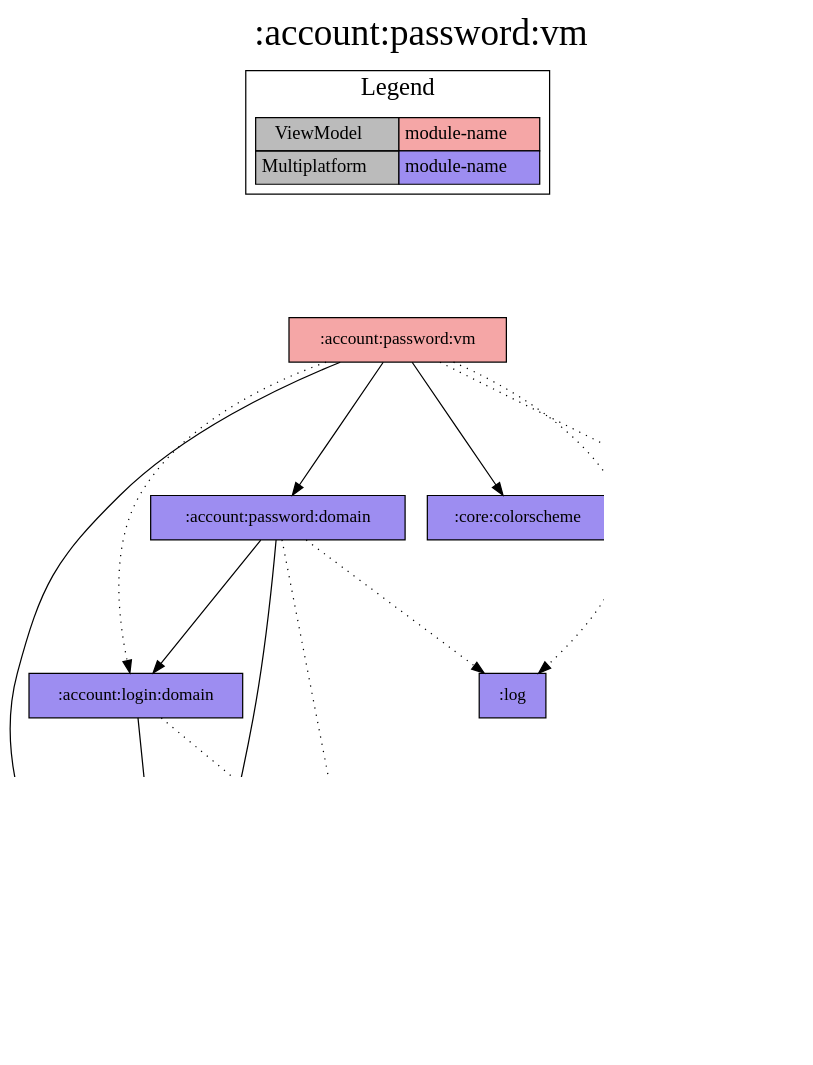
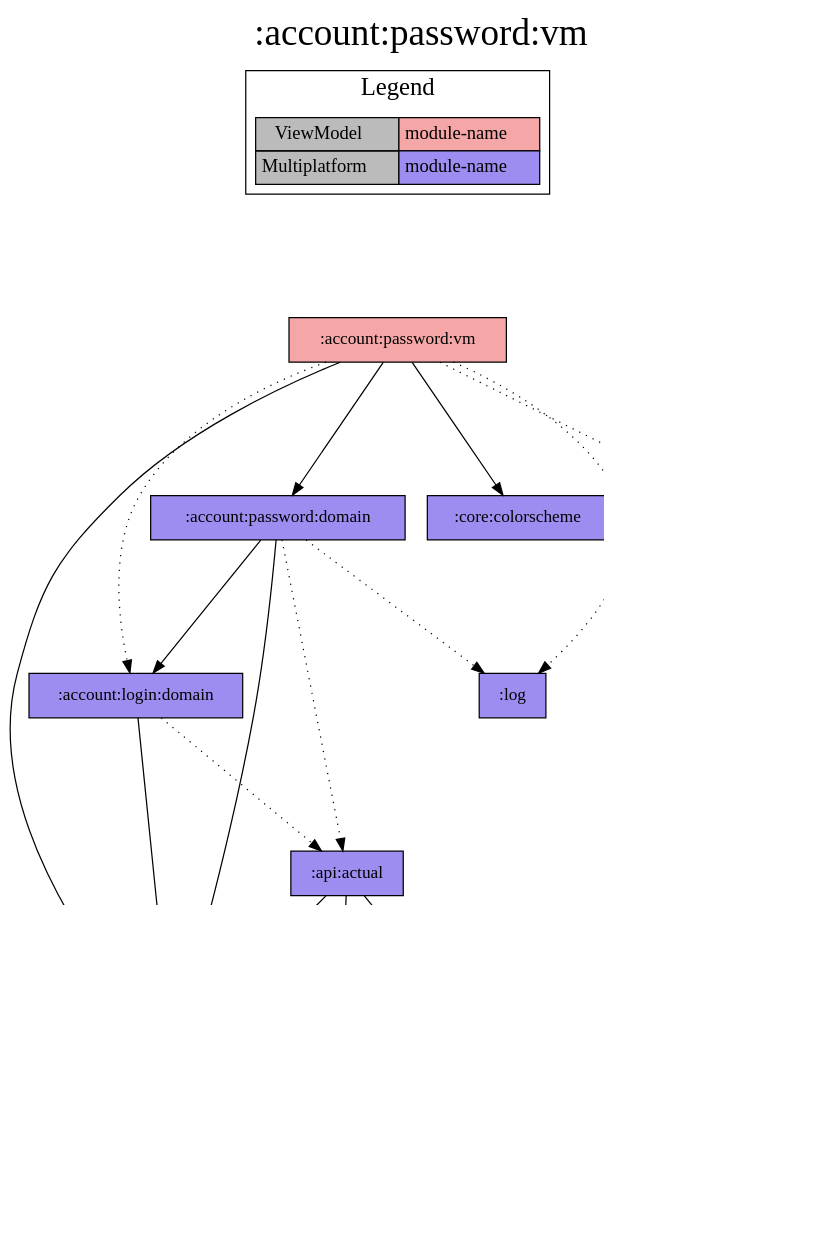
Before and after one commit to jonapoul/aktual: the diagram in modules/account/password/vm/project-dependency-graph.dot, drawn with Graphviz. The commit also changed 270 other files, not shown here.

```diff
--- a/modules/account/password/vm/project-dependency-graph.dot
+++ b/modules/account/password/vm/project-dependency-graph.dot
@@ -1,46 +1,48 @@
 digraph {
 edge ["dir"="forward"]
 graph ["dpi"="100","label"=":account:password:vm","labelloc"="t","fontsize"="30","ranksep"="1.5","rankdir"="TB"]
 node ["style"="filled"]
 ":account:login:domain" ["fillcolor"="#9D8DF1","shape"="box"]
 ":account:model" ["fillcolor"="#9D8DF1","shape"="box"]
 ":account:password:domain" ["fillcolor"="#9D8DF1","shape"="box"]
 ":account:password:vm" ["fillcolor"="#F5A6A6","shape"="box"]
 ":api:actual" ["fillcolor"="#9D8DF1","shape"="box"]
 ":budget:model" ["fillcolor"="#9D8DF1","shape"="box"]
 ":core:buildconfig" ["fillcolor"="#9D8DF1","shape"="box"]
 ":core:colorscheme" ["fillcolor"="#9D8DF1","shape"="box"]
+":core:model" ["fillcolor"="#9D8DF1","shape"="box"]
 ":core:versions" ["fillcolor"="#9D8DF1","shape"="box"]
 ":log" ["fillcolor"="#9D8DF1","shape"="box"]
 ":url:model" ["fillcolor"="#9D8DF1","shape"="box"]
 {
 edge ["dir"="none"]
 graph ["rank"="same"]
 }
 ":account:login:domain" -> ":account:model"
 ":account:login:domain" -> ":api:actual" ["style"="dotted"]
 ":account:password:domain" -> ":account:login:domain"
 ":account:password:domain" -> ":account:model"
 ":account:password:domain" -> ":api:actual" ["style"="dotted"]
 ":account:password:domain" -> ":log" ["style"="dotted"]
 ":account:password:vm" -> ":account:login:domain" ["style"="dotted"]
 ":account:password:vm" -> ":account:model"
 ":account:password:vm" -> ":account:password:domain"
 ":account:password:vm" -> ":core:colorscheme"
 ":account:password:vm" -> ":core:versions" ["style"="dotted"]
 ":account:password:vm" -> ":log" ["style"="dotted"]
 ":api:actual" -> ":account:model"
 ":api:actual" -> ":budget:model"
 ":api:actual" -> ":url:model"
 ":core:versions" -> ":core:buildconfig"
+":url:model" -> ":core:model" ["style"="dotted"]
 subgraph "cluster_legend" {
 edge ["dir"="none"]
 graph ["label"="Legend","fontsize"="20"]
 "Legend" ["style"="filled","fillcolor"="#bbbbbb","shape"="none","margin"="0","fontsize"="15","label"=<
 <TABLE BORDER="0" CELLBORDER="1" CELLSPACING="0" CELLPADDING="4">
 <TR><TD>ViewModel</TD><TD BGCOLOR="#F5A6A6">module-name</TD></TR>
 <TR><TD>Multiplatform</TD><TD BGCOLOR="#9D8DF1">module-name</TD></TR>
 </TABLE>
 >]
 } -> ":account:password:vm" ["style"="invis"]
 }
```
